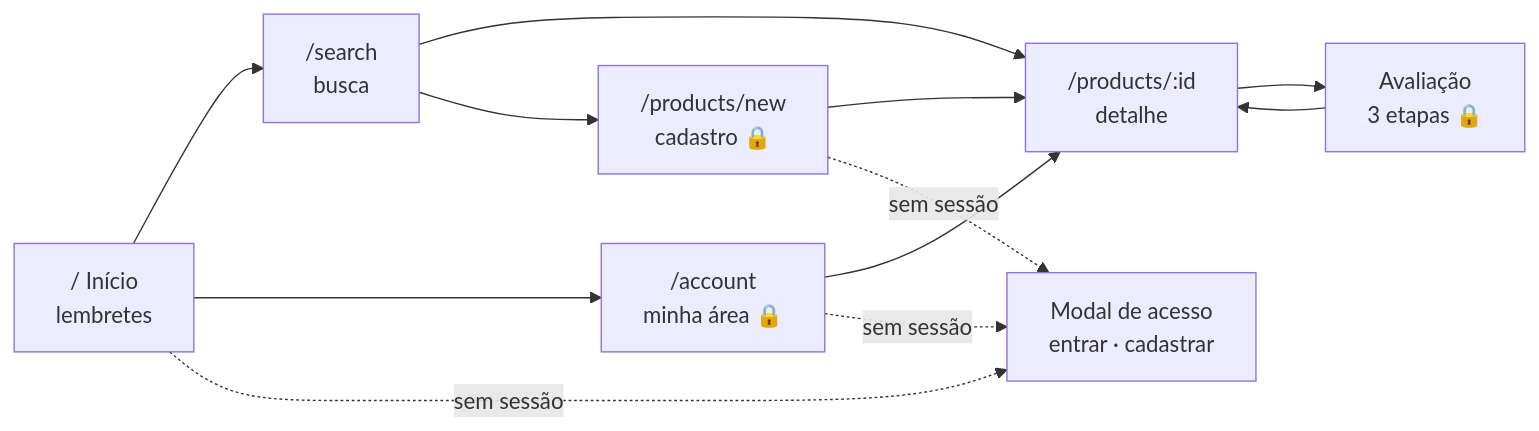
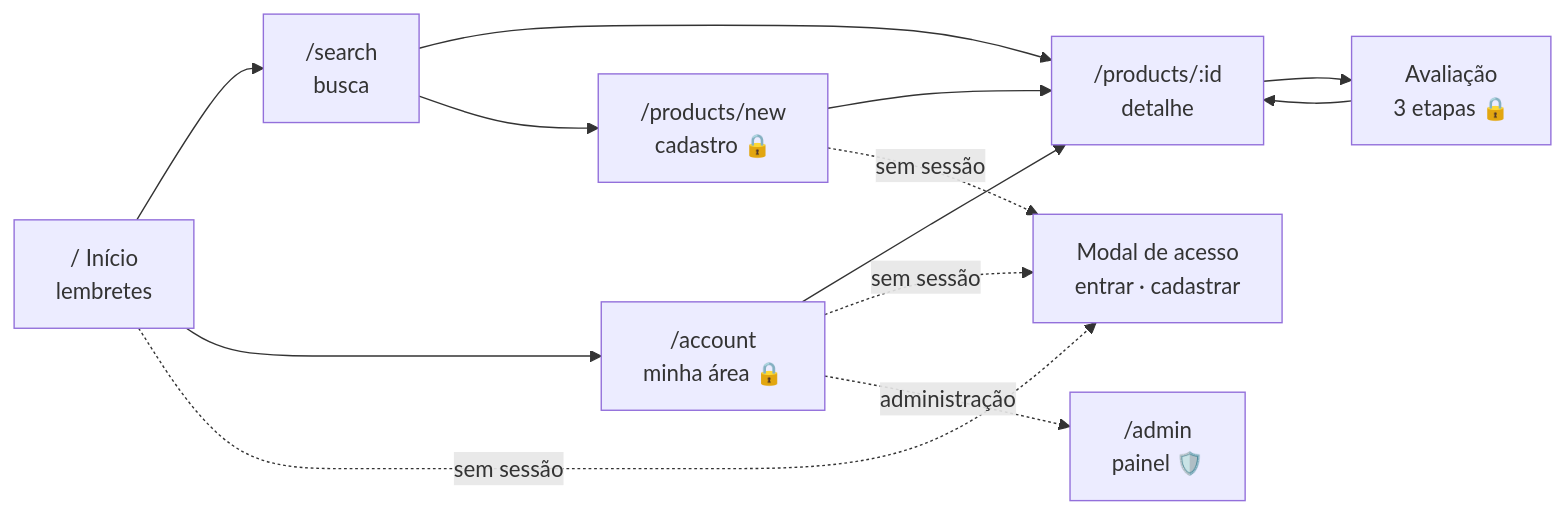
One commit to vsys-val/merchant-app-web changed the diagram in docs/jornadas-e-telas.md. Above: the diagram before and after it, drawn with Mermaid. The commit also changed other lines of this file and 2 other files, not shown here.

First line of the commit message:
docs: painel administrativo e privacidade dos eventos de uso

````diff
--- a/docs/jornadas-e-telas.md
+++ b/docs/jornadas-e-telas.md
@@ -22,14 +22,15 @@
 ```mermaid
 flowchart LR
   H["/ Início<br/>lembretes"] --> S["/search<br/>busca"]
   S --> P["/products/:id<br/>detalhe"]
   S --> N["/products/new<br/>cadastro 🔒"]
   N --> P
   P --> R["Avaliação<br/>3 etapas 🔒"]
   R --> P
   H --> A["/account<br/>minha área 🔒"]
   A --> P
   H -. sem sessão .-> L["Modal de acesso<br/>entrar · cadastrar"]
   N -. sem sessão .-> L
   A -. sem sessão .-> L
+  A -. administração .-> ADM["/admin<br/>painel 🛡️"]
 ```
````
